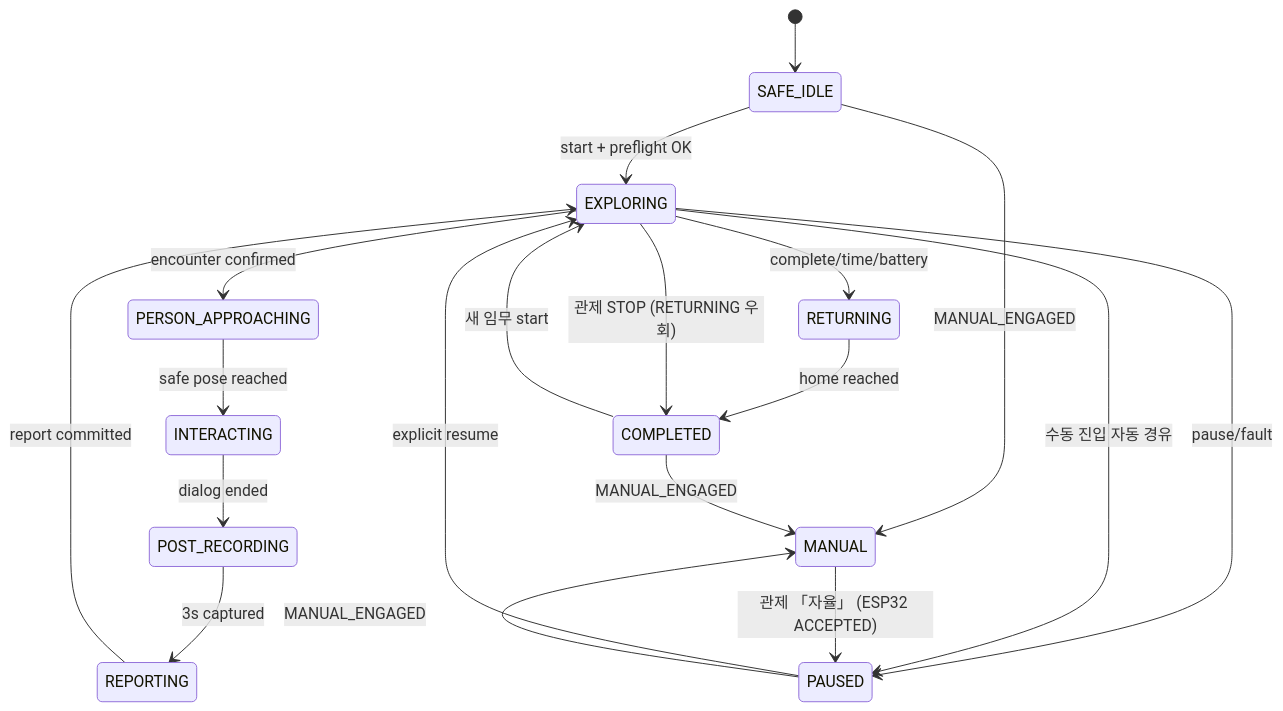
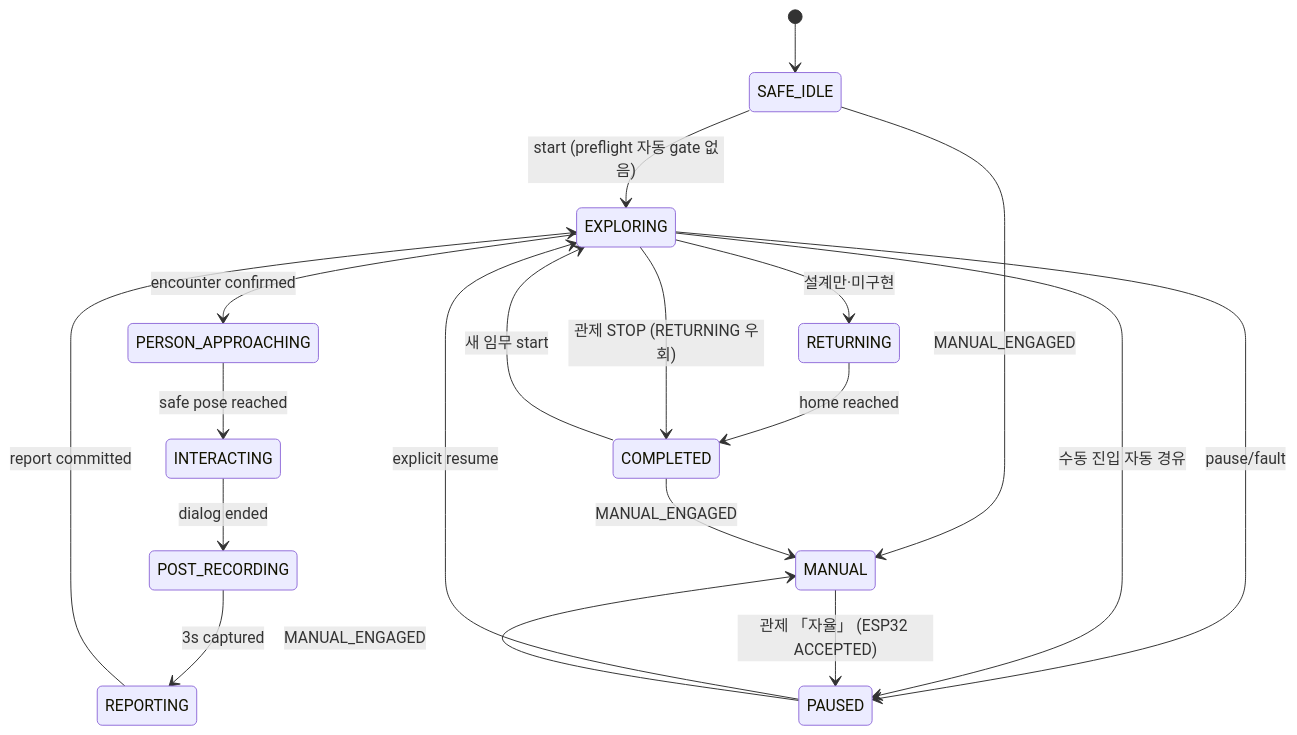
The fourth of 4 diagrams in docs/04-자율주행.md (Common-AIOT/Sentinel-UGV), drawn with Mermaid before and after one commit. The commit also changed other lines of this file and 18 other files, not shown here.

````diff
--- a/docs/04-자율주행.md
+++ b/docs/04-자율주행.md
@@ -1269,21 +1298,21 @@
 ```mermaid
 stateDiagram-v2
     [*] --> SAFE_IDLE
-    SAFE_IDLE --> EXPLORING: start + preflight OK
+    SAFE_IDLE --> EXPLORING: start (preflight 자동 gate 없음)
     EXPLORING --> PERSON_APPROACHING: encounter confirmed
     PERSON_APPROACHING --> INTERACTING: safe pose reached
     INTERACTING --> POST_RECORDING: dialog ended
     POST_RECORDING --> REPORTING: 3s captured
     REPORTING --> EXPLORING: report committed
-    EXPLORING --> RETURNING: complete/time/battery
+    EXPLORING --> RETURNING: 설계만·미구현
     RETURNING --> COMPLETED: home reached
     EXPLORING --> COMPLETED: 관제 STOP (RETURNING 우회)
     COMPLETED --> EXPLORING: 새 임무 start
     EXPLORING --> PAUSED: pause/fault
     PAUSED --> EXPLORING: explicit resume
     SAFE_IDLE --> MANUAL: MANUAL_ENGAGED
     PAUSED --> MANUAL: MANUAL_ENGAGED
     COMPLETED --> MANUAL: MANUAL_ENGAGED
     EXPLORING --> PAUSED: 수동 진입 자동 경유
     MANUAL --> PAUSED: 관제 「자율」 (ESP32 ACCEPTED)
 ```
````
